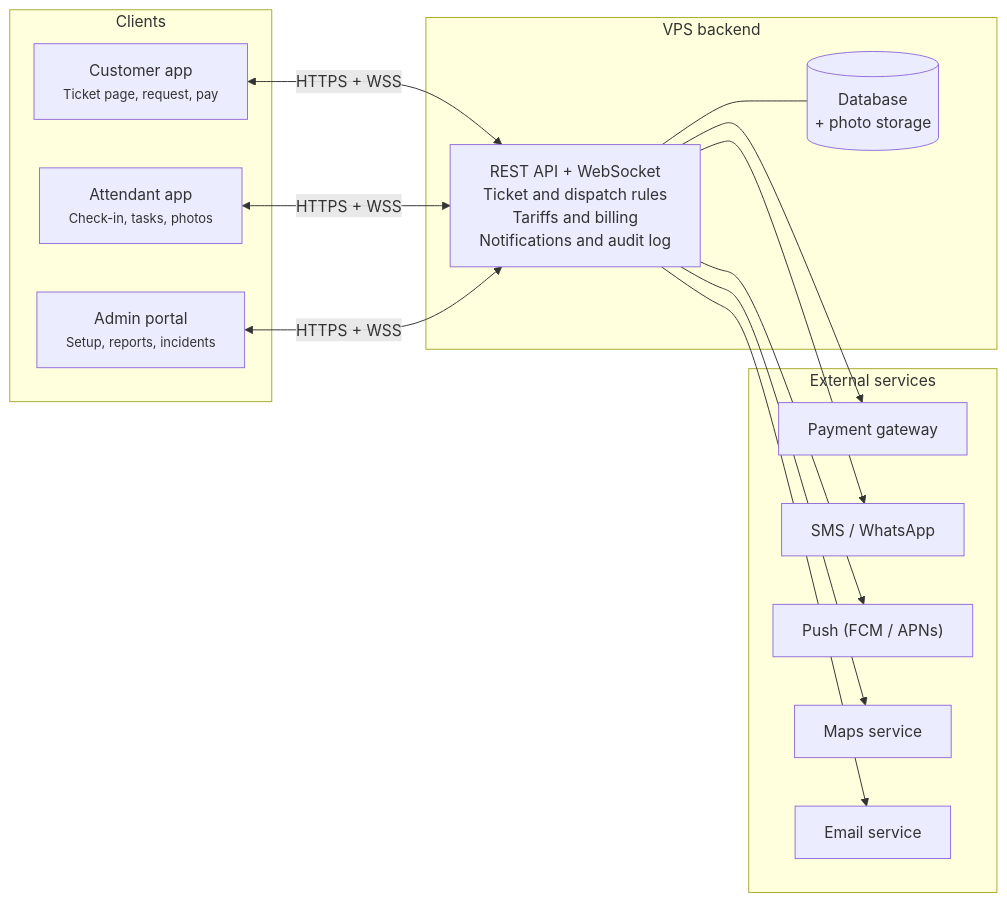
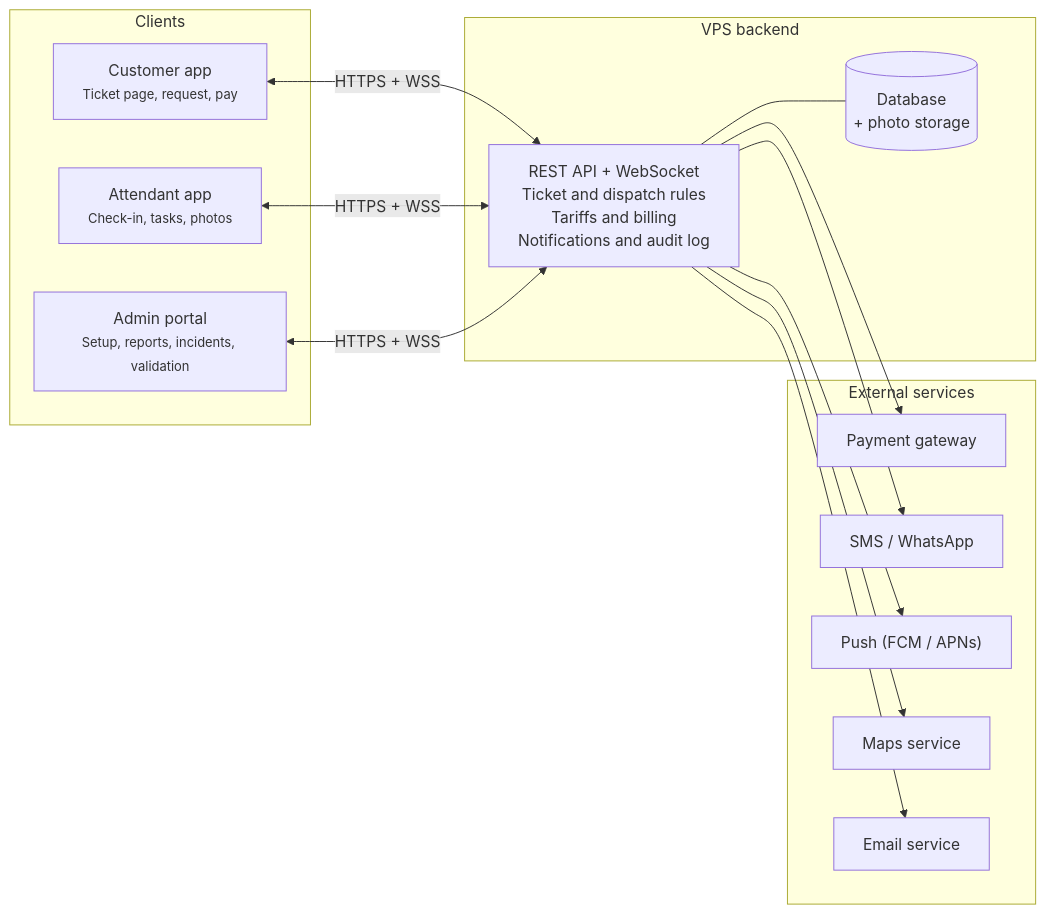
The first of 2 diagrams in docs/SRS.md (susheelsanagapalli/valet-parking-system), drawn with Mermaid before and after one commit. The commit also changed other lines of this file and 1 other file, not shown here.

````diff
--- a/docs/SRS.md
+++ b/docs/SRS.md
@@ -68,28 +81,28 @@
 ```mermaid
 flowchart LR
     subgraph Clients
         C["Customer app<br/><small>Ticket page, request, pay</small>"]
         A["Attendant app<br/><small>Check-in, tasks, photos</small>"]
-        P["Admin portal<br/><small>Setup, reports, incidents</small>"]
+        P["Admin portal<br/><small>Setup, reports, incidents, validation</small>"]
     end
     subgraph Backend["VPS backend"]
         API["REST API + WebSocket<br/>Ticket and dispatch rules<br/>Tariffs and billing<br/>Notifications and audit log"]
         DB[("Database<br/>+ photo storage")]
         API --- DB
     end
     subgraph External["External services"]
         PG[Payment gateway]
         SMS[SMS / WhatsApp]
         PUSH["Push (FCM / APNs)"]
         MAP[Maps service]
         MAIL[Email service]
     end
     C <-->|HTTPS + WSS| API
     A <-->|HTTPS + WSS| API
     P <-->|HTTPS + WSS| API
     API --> PG
     API --> SMS
     API --> PUSH
     API --> MAP
     API --> MAIL
 ```
````
